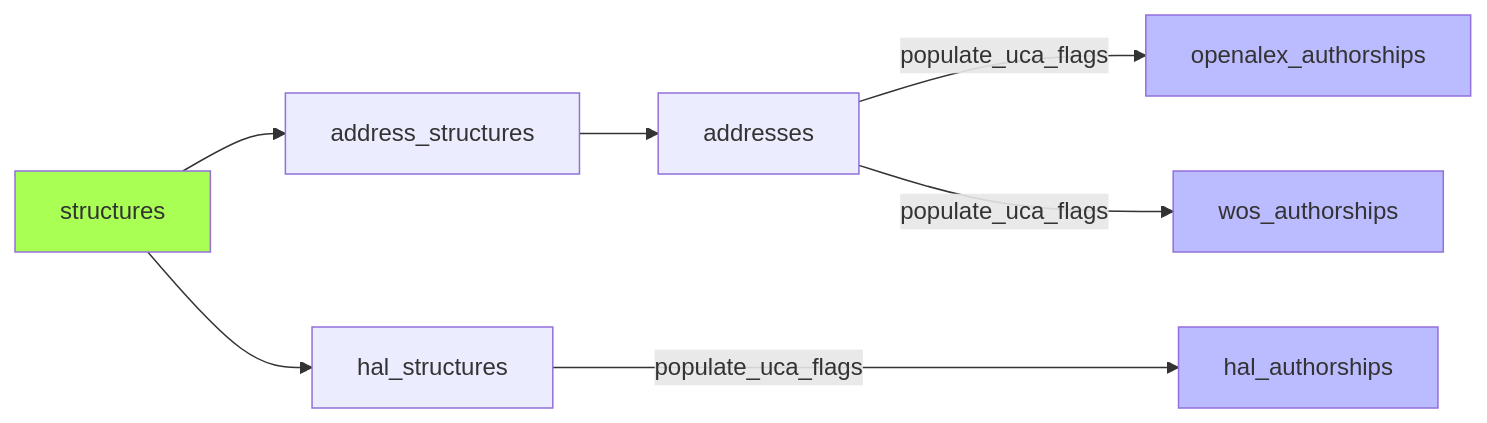
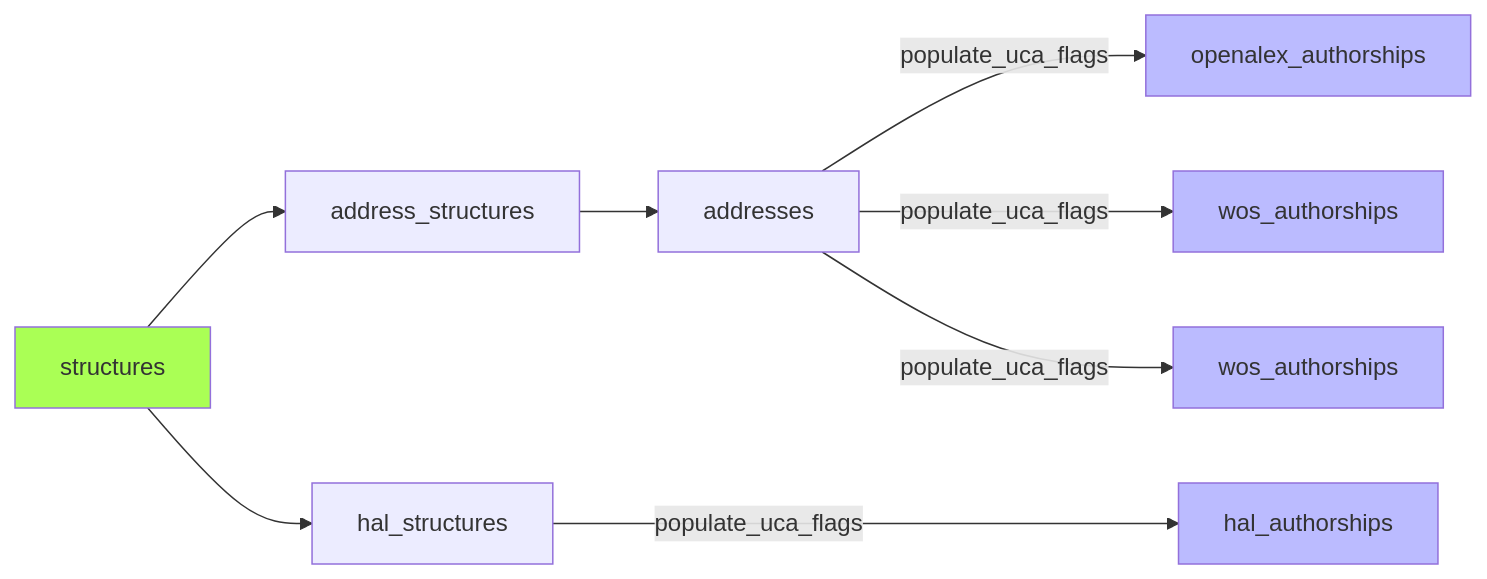
Before and after one commit to Y33sha/bibliometrie-uca: the fifth of 9 diagrams in docs/pipeline.md, drawn with Mermaid. The commit also changed other lines of this file and 5 other files, not shown here.

````diff
--- a/docs/pipeline.md
+++ b/docs/pipeline.md
@@ -154,12 +159,13 @@
 ```mermaid
 flowchart LR
     A[structures]-->B[address_structures]
     B-->C
     C[addresses]-->|populate_uca_flags|D[openalex_authorships]
     C-->|populate_uca_flags|E[wos_authorships]
+    C-->|populate_uca_flags|H[wos_authorships]
     A-->F[hal_structures]--->|populate_uca_flags|G[hal_authorships]
     classDef new  fill:#bbf
     classDef valid  fill:#af5
-    class D,E,G new;
+    class D,E,G,H new;
     class A valid;
 ```
````
